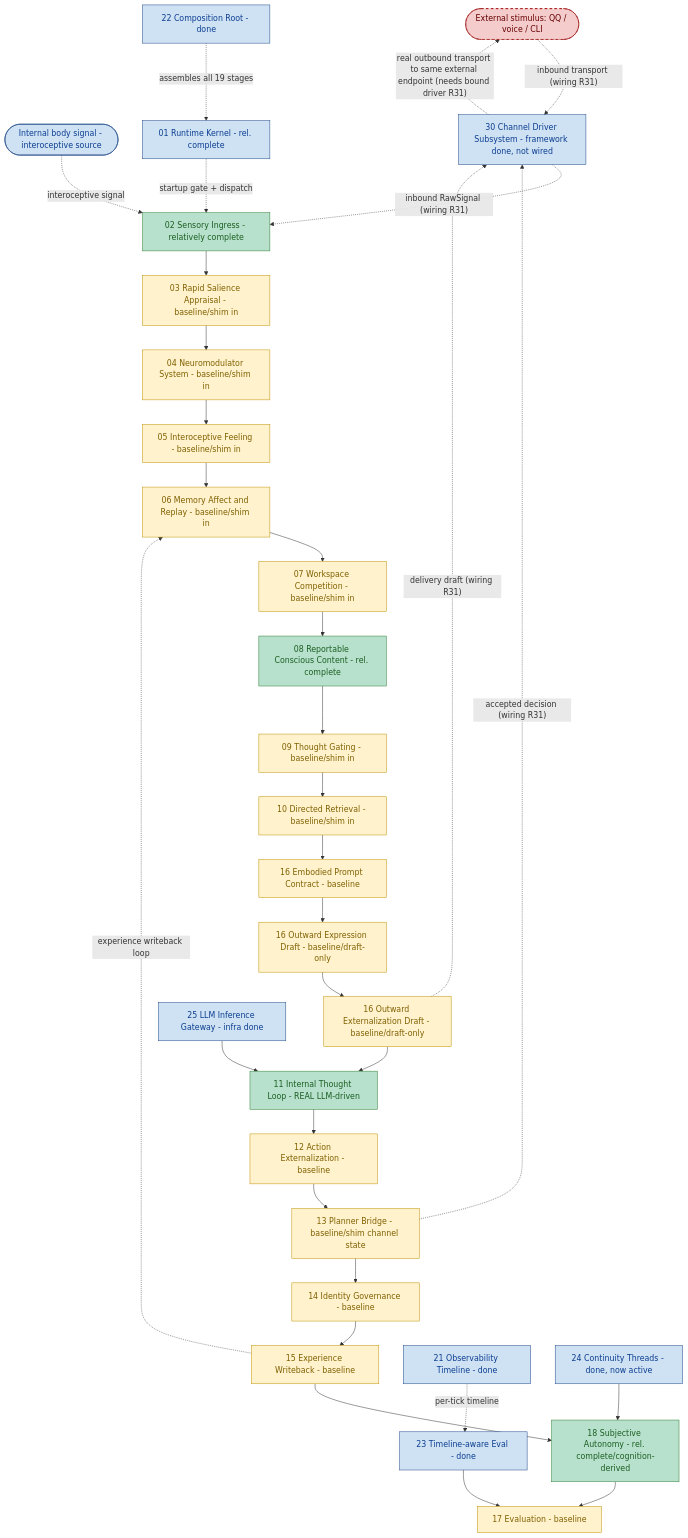
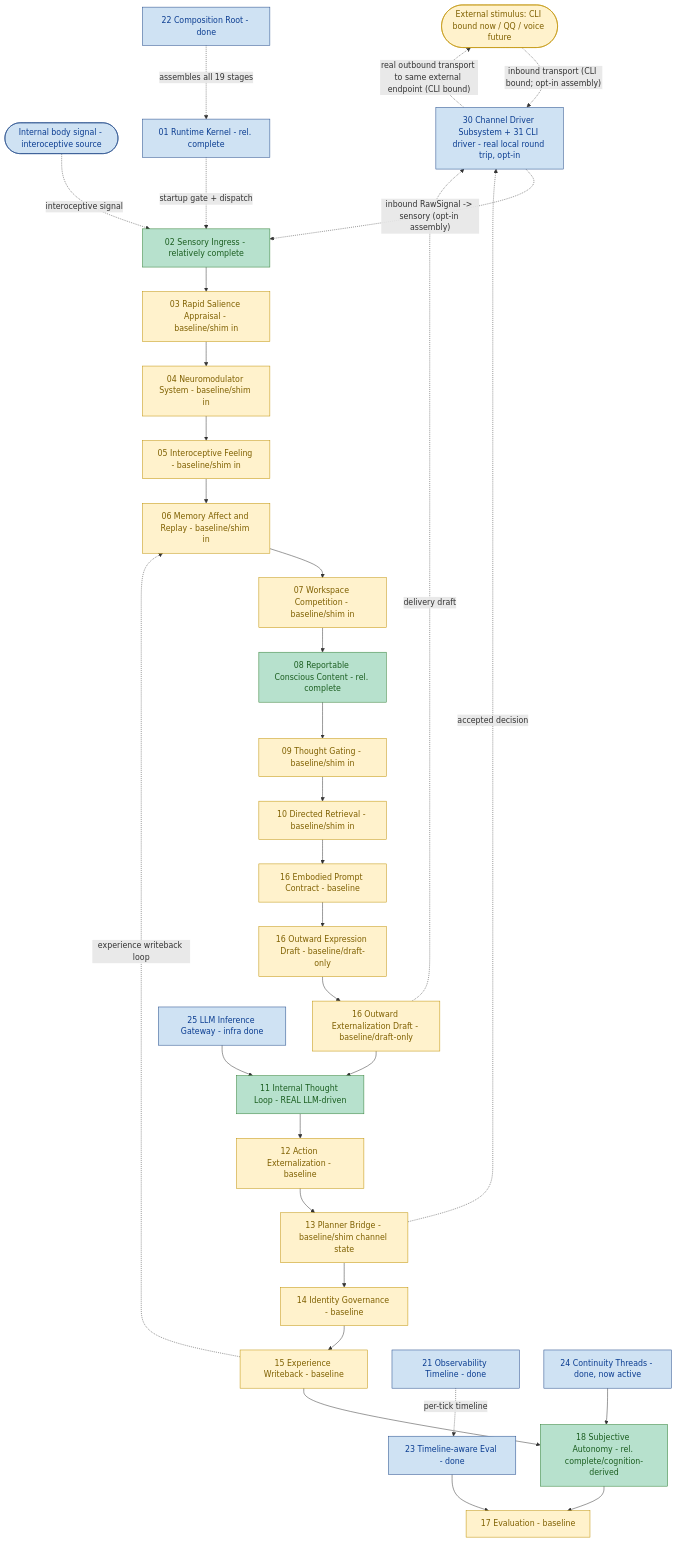
The diagram in helios_v2/docs/PROGRESS_FLOW.en.md (embalmer-Y/helios), drawn with Mermaid before and after one commit. The commit also changed other lines of this file and 15 other files, not shown here.

````diff
--- a/helios_v2/docs/PROGRESS_FLOW.en.md
+++ b/helios_v2/docs/PROGRESS_FLOW.en.md
@@ -33,55 +33,55 @@
 ```mermaid
 flowchart TD
     classDef deep fill:#b7e1cd,stroke:#2e7d32,color:#1b5e20
     classDef base fill:#fff2cc,stroke:#bf9000,color:#7f6000
     classDef infra fill:#cfe2f3,stroke:#1c4587,color:#0b3d91
     classDef gap fill:#f4cccc,stroke:#990000,color:#660000,stroke-dasharray: 5 5
 
-    EXT([External stimulus: QQ / voice / CLI]):::gap
+    EXT([External stimulus: CLI bound now / QQ / voice future]):::base
     BODY([Internal body signal - interoceptive source]):::infra
     S02[02 Sensory Ingress - relatively complete]:::deep
     S03[03 Rapid Salience Appraisal - baseline/shim in]:::base
     S04[04 Neuromodulator System - baseline/shim in]:::base
     S05[05 Interoceptive Feeling - baseline/shim in]:::base
     S06[06 Memory Affect and Replay - baseline/shim in]:::base
     S07[07 Workspace Competition - baseline/shim in]:::base
     S08[08 Reportable Conscious Content - rel. complete]:::deep
     S09[09 Thought Gating - baseline/shim in]:::base
     S10[10 Directed Retrieval - baseline/shim in]:::base
     S16P[16 Embodied Prompt Contract - baseline]:::base
     S16O[16 Outward Expression Draft - baseline/draft-only]:::base
     S16E[16 Outward Externalization Draft - baseline/draft-only]:::base
     S11[11 Internal Thought Loop - REAL LLM-driven]:::deep
     S12[12 Action Externalization - baseline]:::base
     S13[13 Planner Bridge - baseline/shim channel state]:::base
     S14[14 Identity Governance - baseline]:::base
     S15[15 Experience Writeback - baseline]:::base
     S18[18 Subjective Autonomy - rel. complete/cognition-derived]:::deep
     S17[17 Evaluation - baseline]:::base
-    CH[30 Channel Driver Subsystem - framework done, not wired]:::infra
+    CH[30 Channel Driver Subsystem + 31 CLI driver - real local round trip, opt-in]:::infra
 
     S02 --> S03 --> S04 --> S05 --> S06 --> S07 --> S08 --> S09 --> S10
     S10 --> S16P --> S16O --> S16E --> S11
     S11 --> S12 --> S13 --> S14 --> S15 --> S18 --> S17
-    EXT -. inbound transport (wiring R31) .-> CH
+    EXT -. inbound transport (CLI bound; opt-in assembly) .-> CH
     BODY -. interoceptive signal .-> S02
-    S13 -. accepted decision (wiring R31) .-> CH
-    S16E -. delivery draft (wiring R31) .-> CH
-    CH -. inbound RawSignal (wiring R31) .-> S02
-    CH -. real outbound transport to same external endpoint (needs bound driver R31) .-> EXT
+    S13 -. accepted decision .-> CH
+    S16E -. delivery draft .-> CH
+    CH -. inbound RawSignal -> sensory (opt-in assembly) .-> S02
+    CH -. real outbound transport to same external endpoint (CLI bound) .-> EXT
     S15 -. experience writeback loop .-> S06
 
     LLM[25 LLM Inference Gateway - infra done]:::infra
     LLM --> S11
 
     K01[01 Runtime Kernel - rel. complete]:::infra
     OBS[21 Observability Timeline - done]:::infra
     COMP[22 Composition Root - done]:::infra
     EV23[23 Timeline-aware Eval - done]:::infra
     TH24[24 Continuity Threads - done, now active]:::infra
     K01 -. startup gate + dispatch .-> S02
     OBS -. per-tick timeline .-> EV23
     EV23 --> S17
     TH24 --> S18
     COMP -. assembles all 19 stages .-> K01
 ```
````
